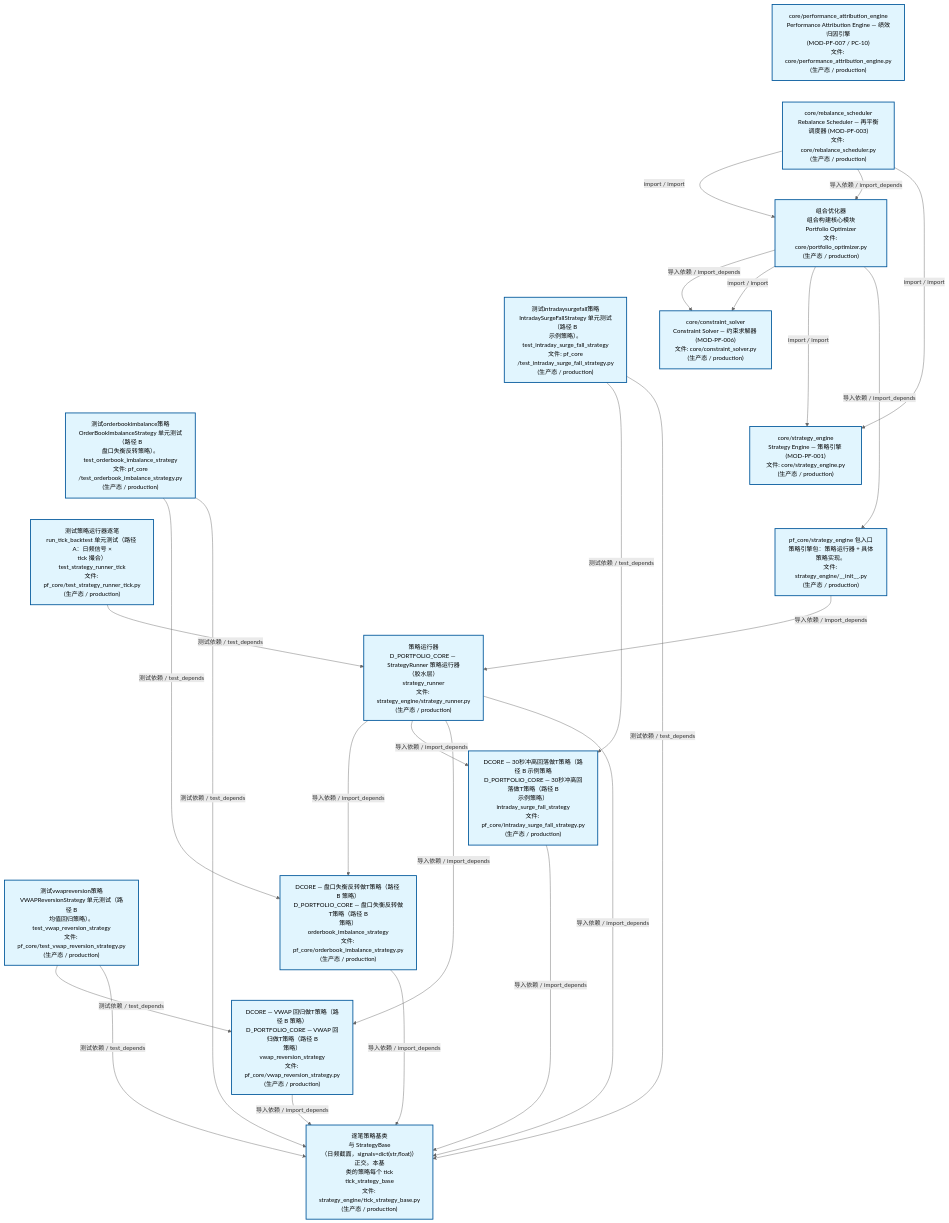
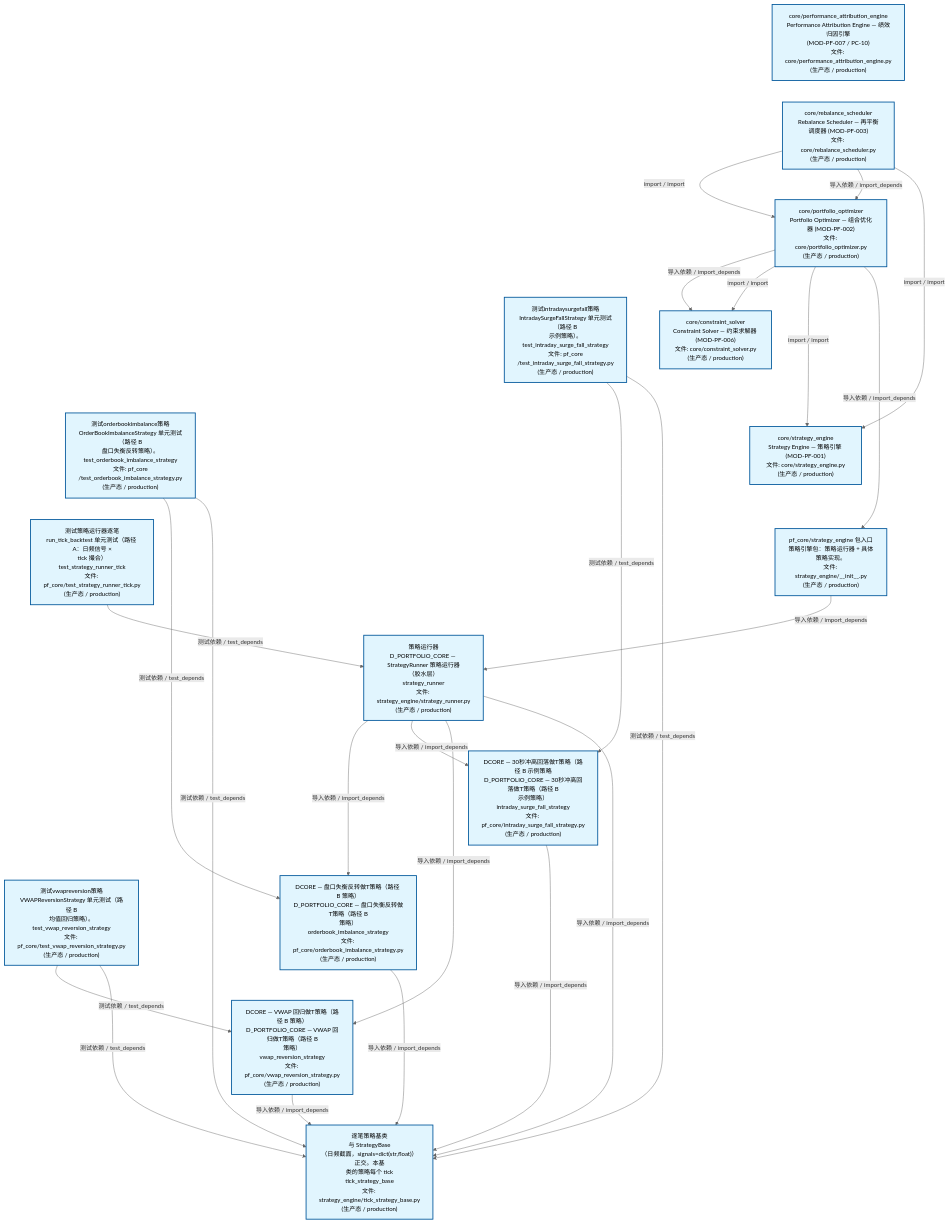
Before and after one commit to xuanFelixVan/ZephyrAlpha: the second of 4 diagrams in docs/02_enterprise_architecture/02_domain_architecture_docs/63_d_pf_core.md, drawn with Mermaid. The commit also changed other lines of this file and 12 other files, not shown here.

````diff
--- a/docs/02_enterprise_architecture/02_domain_architecture_docs/63_d_pf_core.md
+++ b/docs/02_enterprise_architecture/02_domain_architecture_docs/63_d_pf_core.md
@@ -140,55 +140,55 @@
 ```mermaid
 %%{init: {'theme': 'base', 'themeVariables': {'primaryColor': '#eaeaea', 'primaryTextColor': '#333333', 'primaryBorderColor': '#666666', 'lineColor': '#666666', 'secondaryColor': '#eaeaea', 'tertiaryColor': '#eaeaea', 'fontSize': '14px'}}}%%
 flowchart TD
     src_zephyr_pf_core_core_performance_attribution_engine_py["core/performance_attribution_engine<br/>Performance Attribution Engine — 绩效归因引擎<br/>(MOD-PF-007 / PC-10)<br/>文件: core/performance_attribution_engine.py<br/>(生产态 / production)"]
     src_zephyr_pf_core_core_rebalance_scheduler_py["core/rebalance_scheduler<br/>Rebalance Scheduler — 再平衡调度器 (MOD-PF-003)<br/>文件: core/rebalance_scheduler.py<br/>(生产态 / production)"]
     tests_pf_core_test_intraday_surge_fall_strategy_py["测试intradaysurgefall策略<br/>IntradaySurgeFallStrategy 单元测试（路径 B<br/>示例策略）。<br/>test_intraday_surge_fall_strategy<br/>文件: pf_core<br/>/test_intraday_surge_fall_strategy.py<br/>(生产态 / production)"]
     tests_pf_core_test_orderbook_imbalance_strategy_py["测试orderbookimbalance策略<br/>OrderBookImbalanceStrategy 单元测试（路径 B<br/>盘口失衡反转策略）。<br/>test_orderbook_imbalance_strategy<br/>文件: pf_core<br/>/test_orderbook_imbalance_strategy.py<br/>(生产态 / production)"]
     tests_pf_core_test_strategy_runner_tick_py["测试策略运行器逐笔<br/>run_tick_backtest 单元测试（路径 A：日频信号 ×<br/>tick 撮合）<br/>test_strategy_runner_tick<br/>文件: pf_core/test_strategy_runner_tick.py<br/>(生产态 / production)"]
     tests_pf_core_test_vwap_reversion_strategy_py["测试vwapreversion策略<br/>VWAPReversionStrategy 单元测试（路径 B<br/>均值回归策略）。<br/>test_vwap_reversion_strategy<br/>文件: pf_core/test_vwap_reversion_strategy.py<br/>(生产态 / production)"]
     src_zephyr_pf_core_core_performance_attribution_engine_py ~~~ src_zephyr_pf_core_core_rebalance_scheduler_py
     src_zephyr_pf_core_core_rebalance_scheduler_py ~~~ tests_pf_core_test_intraday_surge_fall_strategy_py
     tests_pf_core_test_intraday_surge_fall_strategy_py ~~~ tests_pf_core_test_orderbook_imbalance_strategy_py
     tests_pf_core_test_orderbook_imbalance_strategy_py ~~~ tests_pf_core_test_strategy_runner_tick_py
     tests_pf_core_test_strategy_runner_tick_py ~~~ tests_pf_core_test_vwap_reversion_strategy_py
-    src_zephyr_pf_core_core_portfolio_optimizer_py["组合优化器<br/>组合构建核心模块<br/>Portfolio Optimizer<br/>文件: core/portfolio_optimizer.py<br/>(生产态 / production)"]
+    src_zephyr_pf_core_core_portfolio_optimizer_py["core/portfolio_optimizer<br/>Portfolio Optimizer — 组合优化器 (MOD-PF-002)<br/>文件: core/portfolio_optimizer.py<br/>(生产态 / production)"]
     src_zephyr_pf_core_core_constraint_solver_py["core/constraint_solver<br/>Constraint Solver — 约束求解器 (MOD-PF-006)<br/>文件: core/constraint_solver.py<br/>(生产态 / production)"]
     src_zephyr_pf_core_core_strategy_engine_py["core/strategy_engine<br/>Strategy Engine — 策略引擎 (MOD-PF-001)<br/>文件: core/strategy_engine.py<br/>(生产态 / production)"]
     src_zephyr_pf_core_strategy_engine_init_py["pf_core/strategy_engine 包入口<br/>策略引擎包：策略运行器 + 具体策略实现。<br/>文件: strategy_engine/__init__.py<br/>(生产态 / production)"]
     src_zephyr_pf_core_core_constraint_solver_py ~~~ src_zephyr_pf_core_core_strategy_engine_py
     src_zephyr_pf_core_core_strategy_engine_py ~~~ src_zephyr_pf_core_strategy_engine_init_py
     src_zephyr_pf_core_strategy_engine_strategy_runner_py["策略运行器<br/>D_PORTFOLIO_CORE — StrategyRunner 策略运行器<br/>（胶水层）<br/>strategy_runner<br/>文件: strategy_engine/strategy_runner.py<br/>(生产态 / production)"]
     src_zephyr_pf_core_intraday_surge_fall_strategy_py["DCORE — 30秒冲高回落做T策略（路径 B 示例策略<br/>D_PORTFOLIO_CORE — 30秒冲高回落做T策略（路径 B<br/>示例策略）<br/>intraday_surge_fall_strategy<br/>文件: pf_core/intraday_surge_fall_strategy.py<br/>(生产态 / production)"]
     src_zephyr_pf_core_orderbook_imbalance_strategy_py["DCORE — 盘口失衡反转做T策略（路径 B 策略）<br/>D_PORTFOLIO_CORE — 盘口失衡反转做T策略（路径 B<br/>策略）<br/>orderbook_imbalance_strategy<br/>文件: pf_core/orderbook_imbalance_strategy.py<br/>(生产态 / production)"]
     src_zephyr_pf_core_vwap_reversion_strategy_py["DCORE — VWAP 回归做T策略（路径 B 策略）<br/>D_PORTFOLIO_CORE — VWAP 回归做T策略（路径 B<br/>策略）<br/>vwap_reversion_strategy<br/>文件: pf_core/vwap_reversion_strategy.py<br/>(生产态 / production)"]
     src_zephyr_pf_core_intraday_surge_fall_strategy_py ~~~ src_zephyr_pf_core_orderbook_imbalance_strategy_py
     src_zephyr_pf_core_orderbook_imbalance_strategy_py ~~~ src_zephyr_pf_core_vwap_reversion_strategy_py
     src_zephyr_pf_core_strategy_engine_tick_strategy_base_py["逐笔策略基类<br/>与 StrategyBase<br/>（日频截面，signals=dict(str,float)）正交。本基<br/>类的策略每个 tick<br/>tick_strategy_base<br/>文件: strategy_engine/tick_strategy_base.py<br/>(生产态 / production)"]
     src_zephyr_pf_core_orderbook_imbalance_strategy_py -->|导入依赖 / import_depends| src_zephyr_pf_core_strategy_engine_tick_strategy_base_py
     src_zephyr_pf_core_intraday_surge_fall_strategy_py -->|导入依赖 / import_depends| src_zephyr_pf_core_strategy_engine_tick_strategy_base_py
     src_zephyr_pf_core_vwap_reversion_strategy_py -->|导入依赖 / import_depends| src_zephyr_pf_core_strategy_engine_tick_strategy_base_py
     src_zephyr_pf_core_core_portfolio_optimizer_py -->|导入依赖 / import_depends| src_zephyr_pf_core_core_constraint_solver_py
     src_zephyr_pf_core_core_portfolio_optimizer_py -->|import / import| src_zephyr_pf_core_core_constraint_solver_py
     src_zephyr_pf_core_core_portfolio_optimizer_py -->|import / import| src_zephyr_pf_core_core_strategy_engine_py
     src_zephyr_pf_core_core_portfolio_optimizer_py -->|导入依赖 / import_depends| src_zephyr_pf_core_strategy_engine_init_py
     src_zephyr_pf_core_core_rebalance_scheduler_py -->|import / import| src_zephyr_pf_core_core_portfolio_optimizer_py
     src_zephyr_pf_core_core_rebalance_scheduler_py -->|导入依赖 / import_depends| src_zephyr_pf_core_core_portfolio_optimizer_py
     src_zephyr_pf_core_core_rebalance_scheduler_py -->|import / import| src_zephyr_pf_core_core_strategy_engine_py
     src_zephyr_pf_core_strategy_engine_strategy_runner_py -->|导入依赖 / import_depends| src_zephyr_pf_core_orderbook_imbalance_strategy_py
     src_zephyr_pf_core_strategy_engine_strategy_runner_py -->|导入依赖 / import_depends| src_zephyr_pf_core_intraday_surge_fall_strategy_py
     src_zephyr_pf_core_strategy_engine_strategy_runner_py -->|导入依赖 / import_depends| src_zephyr_pf_core_vwap_reversion_strategy_py
     src_zephyr_pf_core_strategy_engine_strategy_runner_py -->|导入依赖 / import_depends| src_zephyr_pf_core_strategy_engine_tick_strategy_base_py
     src_zephyr_pf_core_strategy_engine_init_py -->|导入依赖 / import_depends| src_zephyr_pf_core_strategy_engine_strategy_runner_py
     tests_pf_core_test_orderbook_imbalance_strategy_py -->|测试依赖 / test_depends| src_zephyr_pf_core_orderbook_imbalance_strategy_py
     tests_pf_core_test_orderbook_imbalance_strategy_py -->|测试依赖 / test_depends| src_zephyr_pf_core_strategy_engine_tick_strategy_base_py
     tests_pf_core_test_intraday_surge_fall_strategy_py -->|测试依赖 / test_depends| src_zephyr_pf_core_intraday_surge_fall_strategy_py
     tests_pf_core_test_intraday_surge_fall_strategy_py -->|测试依赖 / test_depends| src_zephyr_pf_core_strategy_engine_tick_strategy_base_py
     tests_pf_core_test_vwap_reversion_strategy_py -->|测试依赖 / test_depends| src_zephyr_pf_core_vwap_reversion_strategy_py
     tests_pf_core_test_vwap_reversion_strategy_py -->|测试依赖 / test_depends| src_zephyr_pf_core_strategy_engine_tick_strategy_base_py
     tests_pf_core_test_strategy_runner_tick_py -->|测试依赖 / test_depends| src_zephyr_pf_core_strategy_engine_strategy_runner_py
     classDef production fill:#e1f5fe,stroke:#01579b,stroke-width:2px,color:#000
     classDef design fill:#fff3e0,stroke:#e65100,stroke-width:2px,color:#000,stroke-dasharray: 5 5
     classDef external_prod fill:#e8f4fd,stroke:#0277bd,stroke-width:1px,color:#000
     classDef external_design fill:#fff8e7,stroke:#ef6c00,stroke-width:1px,color:#000,stroke-dasharray: 5 5
     class src_zephyr_pf_core_core_constraint_solver_py,src_zephyr_pf_core_core_performance_attribution_engine_py,src_zephyr_pf_core_core_portfolio_optimizer_py,src_zephyr_pf_core_core_rebalance_scheduler_py,src_zephyr_pf_core_core_strategy_engine_py,src_zephyr_pf_core_intraday_surge_fall_strategy_py,src_zephyr_pf_core_orderbook_imbalance_strategy_py,src_zephyr_pf_core_strategy_engine_init_py,src_zephyr_pf_core_strategy_engine_strategy_runner_py,src_zephyr_pf_core_strategy_engine_tick_strategy_base_py,src_zephyr_pf_core_vwap_reversion_strategy_py,tests_pf_core_test_intraday_surge_fall_strategy_py,tests_pf_core_test_orderbook_imbalance_strategy_py,tests_pf_core_test_strategy_runner_tick_py,tests_pf_core_test_vwap_reversion_strategy_py production
 ```
````
